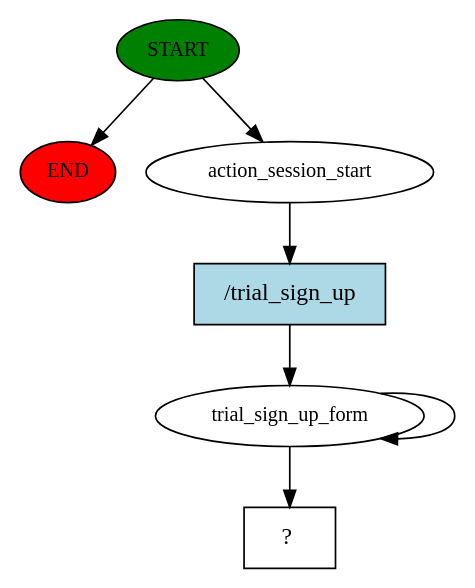
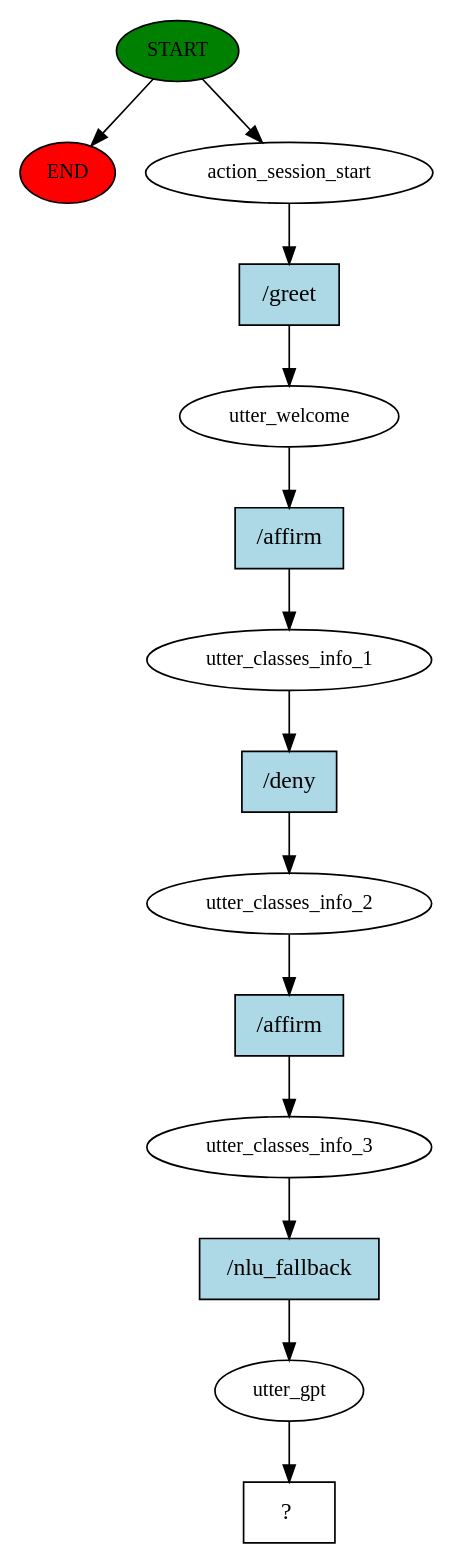
The diagram in story_graph.dot (Gigit-AI-Corporation/rasa), drawn with Graphviz before and after one commit. The commit also changed 3 other files, not shown here.

Commit message:
done new flow

```diff
--- a/story_graph.dot
+++ b/story_graph.dot
@@ -1,14 +1,29 @@
 digraph  {
 0 [class="start active", fillcolor=green, fontsize=12, label=START, style=filled];
 "-1" [class=end, fillcolor=red, fontsize=12, label=END, style=filled];
 1 [class=active, fontsize=12, label=action_session_start];
-2 [class=active, fontsize=12, label=trial_sign_up_form];
+2 [class=active, fontsize=12, label=utter_welcome];
+3 [class=active, fontsize=12, label=utter_classes_info_1];
+4 [class=active, fontsize=12, label=utter_classes_info_2];
+5 [class=active, fontsize=12, label=utter_classes_info_3];
+6 [class=active, fontsize=12, label=utter_gpt];
 7 [class="intent dashed active", label="  ?  ", shape=rect];
-8 [class="intent active", fillcolor=lightblue, label="/trial_sign_up", shape=rect, style=filled];
+8 [class="intent active", fillcolor=lightblue, label="/greet", shape=rect, style=filled];
+9 [class="intent active", fillcolor=lightblue, label="/affirm", shape=rect, style=filled];
+10 [class="intent active", fillcolor=lightblue, label="/deny", shape=rect, style=filled];
+11 [class="intent active", fillcolor=lightblue, label="/affirm", shape=rect, style=filled];
+12 [class="intent active", fillcolor=lightblue, label="/nlu_fallback", shape=rect, style=filled];
 0 -> "-1"  [class="", key=NONE, label=""];
 0 -> 1  [class=active, key=NONE, label=""];
 1 -> 8  [class=active, key=0];
-2 -> 2  [class=active, key=NONE, label=""];
-2 -> 7  [class=active, key=NONE, label=""];
+2 -> 9  [class=active, key=0];
+3 -> 10  [class=active, key=0];
+4 -> 11  [class=active, key=0];
+5 -> 12  [class=active, key=0];
+6 -> 7  [class=active, key=NONE, label=""];
 8 -> 2  [class=active, key=0];
+9 -> 3  [class=active, key=0];
+10 -> 4  [class=active, key=0];
+11 -> 5  [class=active, key=0];
+12 -> 6  [class=active, key=0];
 }
```
